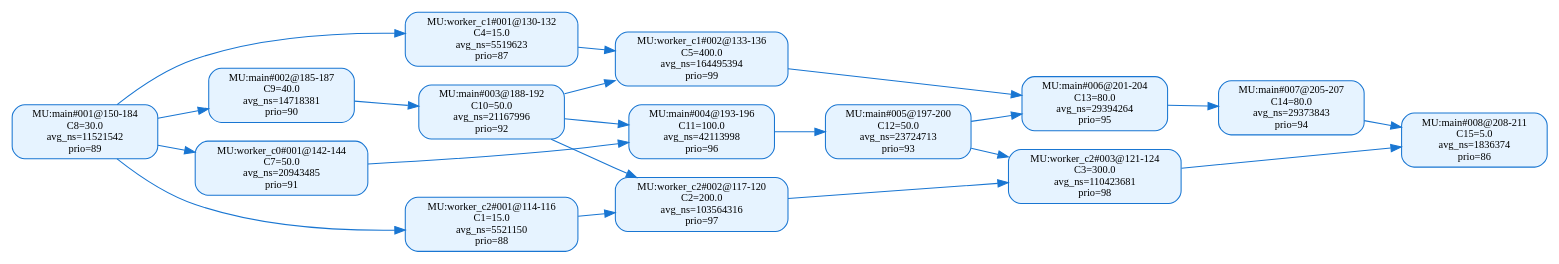
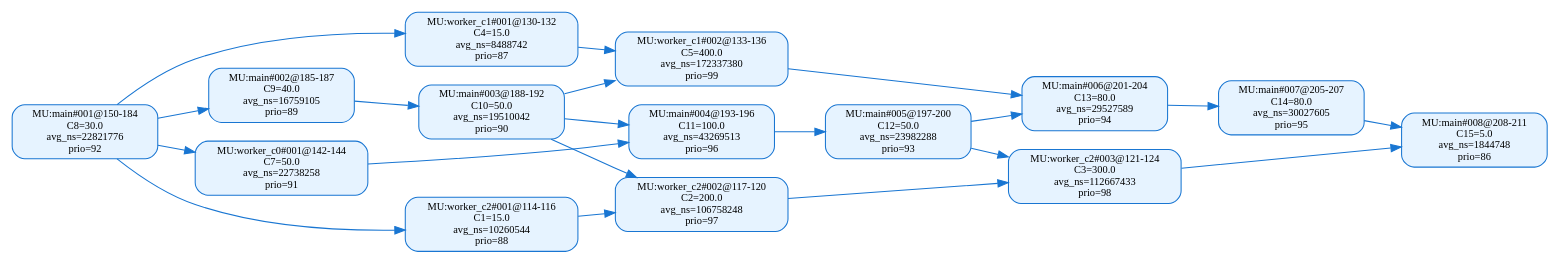
One commit to RTS-SYSU/DAG-Gen changed the diagram in 中间结果/zhang2/pipeline/validation/level2/effective_line_merge/wcet_first/dag_seg_annotated_value.dot. Above: the diagram before and after it, drawn with Graphviz. The commit also changed 1118 other files, not shown here.

```diff
--- a/中间结果/zhang2/pipeline/validation/level2/effective_line_merge/wcet_first/dag_seg_annotated_value.dot
+++ b/中间结果/zhang2/pipeline/validation/level2/effective_line_merge/wcet_first/dag_seg_annotated_value.dot
@@ -1,38 +1,38 @@
 digraph dag_seg_annotated_value {
   rankdir=LR;
   node [shape=box, style="rounded,filled", fillcolor="#E6F3FF", color="#1976D2", fontsize=10];
   edge [color="#1976D2"];
-  "MU:main#001@150-184" [label="MU:main#001@150-184\nC8=30.0\navg_ns=11521542\nprio=89"];
-  "MU:main#002@185-187" [label="MU:main#002@185-187\nC9=40.0\navg_ns=14718381\nprio=90"];
-  "MU:main#003@188-192" [label="MU:main#003@188-192\nC10=50.0\navg_ns=21167996\nprio=92"];
-  "MU:main#004@193-196" [label="MU:main#004@193-196\nC11=100.0\navg_ns=42113998\nprio=96"];
-  "MU:main#005@197-200" [label="MU:main#005@197-200\nC12=50.0\navg_ns=23724713\nprio=93"];
-  "MU:main#006@201-204" [label="MU:main#006@201-204\nC13=80.0\navg_ns=29394264\nprio=95"];
-  "MU:main#007@205-207" [label="MU:main#007@205-207\nC14=80.0\navg_ns=29373843\nprio=94"];
-  "MU:main#008@208-211" [label="MU:main#008@208-211\nC15=5.0\navg_ns=1836374\nprio=86"];
-  "MU:worker_c0#001@142-144" [label="MU:worker_c0#001@142-144\nC7=50.0\navg_ns=20943485\nprio=91"];
-  "MU:worker_c1#001@130-132" [label="MU:worker_c1#001@130-132\nC4=15.0\navg_ns=5519623\nprio=87"];
-  "MU:worker_c1#002@133-136" [label="MU:worker_c1#002@133-136\nC5=400.0\navg_ns=164495394\nprio=99"];
-  "MU:worker_c2#001@114-116" [label="MU:worker_c2#001@114-116\nC1=15.0\navg_ns=5521150\nprio=88"];
-  "MU:worker_c2#002@117-120" [label="MU:worker_c2#002@117-120\nC2=200.0\navg_ns=103564316\nprio=97"];
-  "MU:worker_c2#003@121-124" [label="MU:worker_c2#003@121-124\nC3=300.0\navg_ns=110423681\nprio=98"];
+  "MU:main#001@150-184" [label="MU:main#001@150-184\nC8=30.0\navg_ns=22821776\nprio=92"];
+  "MU:main#002@185-187" [label="MU:main#002@185-187\nC9=40.0\navg_ns=16759105\nprio=89"];
+  "MU:main#003@188-192" [label="MU:main#003@188-192\nC10=50.0\navg_ns=19510042\nprio=90"];
+  "MU:main#004@193-196" [label="MU:main#004@193-196\nC11=100.0\navg_ns=43269513\nprio=96"];
+  "MU:main#005@197-200" [label="MU:main#005@197-200\nC12=50.0\navg_ns=23982288\nprio=93"];
+  "MU:main#006@201-204" [label="MU:main#006@201-204\nC13=80.0\navg_ns=29527589\nprio=94"];
+  "MU:main#007@205-207" [label="MU:main#007@205-207\nC14=80.0\navg_ns=30027605\nprio=95"];
+  "MU:main#008@208-211" [label="MU:main#008@208-211\nC15=5.0\navg_ns=1844748\nprio=86"];
+  "MU:worker_c0#001@142-144" [label="MU:worker_c0#001@142-144\nC7=50.0\navg_ns=22738258\nprio=91"];
+  "MU:worker_c1#001@130-132" [label="MU:worker_c1#001@130-132\nC4=15.0\navg_ns=8488742\nprio=87"];
+  "MU:worker_c1#002@133-136" [label="MU:worker_c1#002@133-136\nC5=400.0\navg_ns=172337380\nprio=99"];
+  "MU:worker_c2#001@114-116" [label="MU:worker_c2#001@114-116\nC1=15.0\navg_ns=10260544\nprio=88"];
+  "MU:worker_c2#002@117-120" [label="MU:worker_c2#002@117-120\nC2=200.0\navg_ns=106758248\nprio=97"];
+  "MU:worker_c2#003@121-124" [label="MU:worker_c2#003@121-124\nC3=300.0\navg_ns=112667433\nprio=98"];
   "MU:worker_c2#001@114-116" -> "MU:worker_c2#002@117-120";
   "MU:worker_c2#002@117-120" -> "MU:worker_c2#003@121-124";
   "MU:worker_c1#001@130-132" -> "MU:worker_c1#002@133-136";
   "MU:main#001@150-184" -> "MU:main#002@185-187";
   "MU:main#002@185-187" -> "MU:main#003@188-192";
   "MU:main#003@188-192" -> "MU:main#004@193-196";
   "MU:main#004@193-196" -> "MU:main#005@197-200";
   "MU:main#005@197-200" -> "MU:main#006@201-204";
   "MU:main#006@201-204" -> "MU:main#007@205-207";
   "MU:main#007@205-207" -> "MU:main#008@208-211";
   "MU:main#001@150-184" -> "MU:worker_c0#001@142-144";
   "MU:main#001@150-184" -> "MU:worker_c1#001@130-132";
   "MU:main#001@150-184" -> "MU:worker_c2#001@114-116";
   "MU:worker_c0#001@142-144" -> "MU:main#004@193-196";
   "MU:worker_c1#002@133-136" -> "MU:main#006@201-204";
   "MU:worker_c2#003@121-124" -> "MU:main#008@208-211";
   "MU:main#003@188-192" -> "MU:worker_c2#002@117-120";
   "MU:main#005@197-200" -> "MU:worker_c2#003@121-124";
   "MU:main#003@188-192" -> "MU:worker_c1#002@133-136";
 }
```
